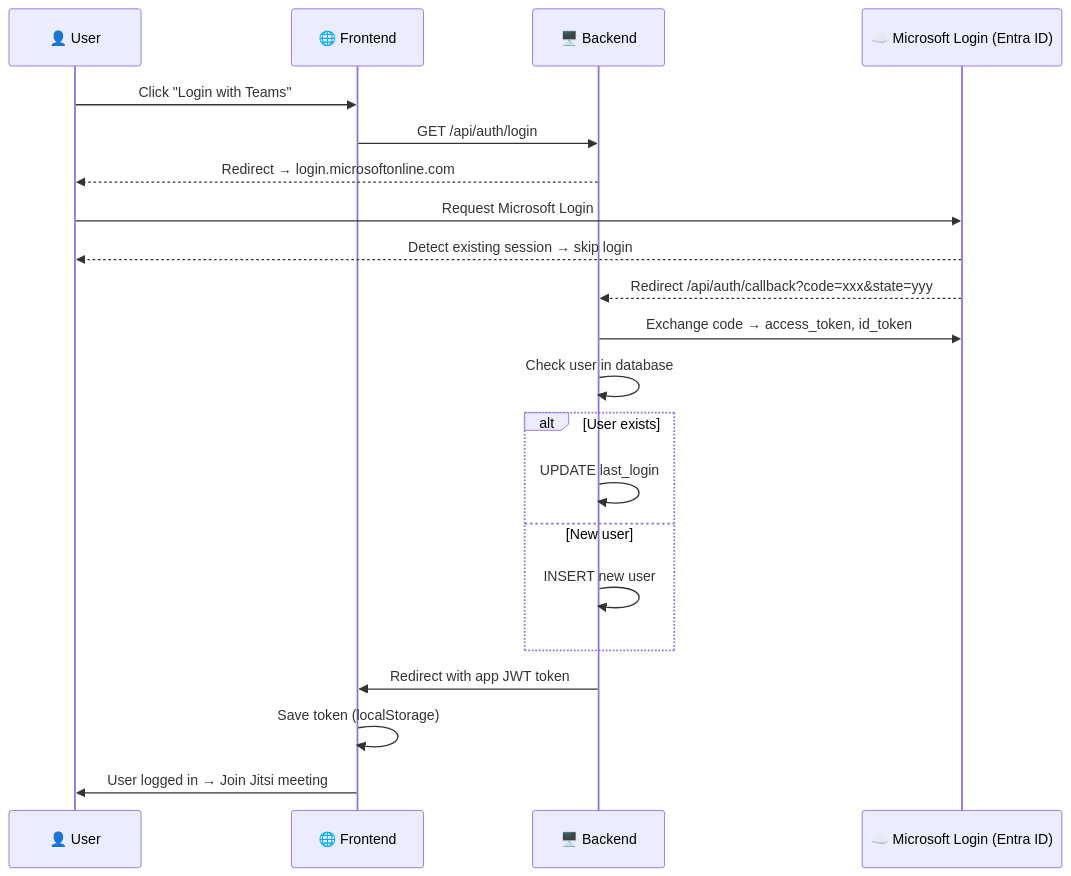
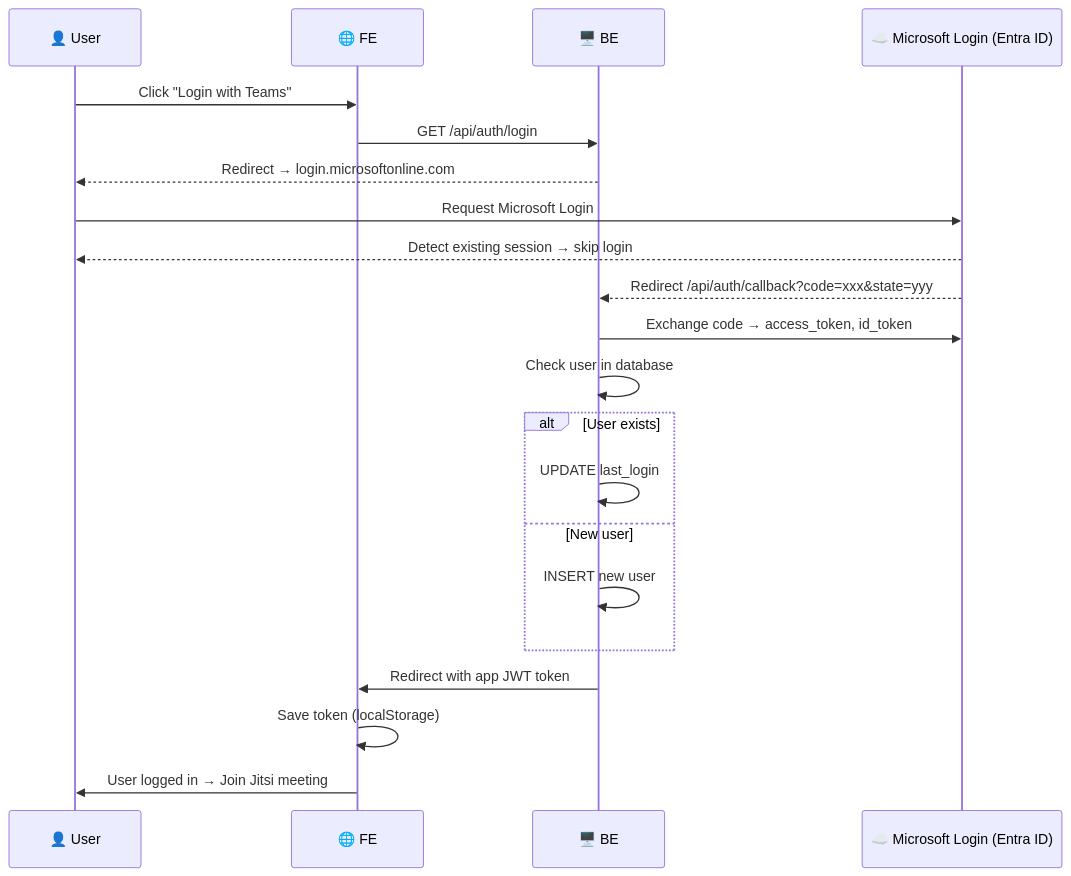
Before and after one commit to pnam16/foam: the diagram in projects/GEM/video-conference/flow.md, drawn with Mermaid.

Commit message:
Oct 24, 2025, 1:34 PM

````diff
--- a/projects/GEM/video-conference/flow.md
+++ b/projects/GEM/video-conference/flow.md
@@ -40,24 +40,24 @@
 ```mermaid
 sequenceDiagram
     participant U as 👤 User
-    participant F as 🌐 Frontend
-    participant B as 🖥️ Backend
+    participant F as 🌐 FE
+    participant B as 🖥️ BE
     participant M as ☁️ Microsoft Login (Entra ID)
 
     U->>F: Click "Login with Teams"
     F->>B: GET /api/auth/login
     B-->>U: Redirect → login.microsoftonline.com
     U->>M: Request Microsoft Login
     M-->>U: Detect existing session → skip login
     M-->>B: Redirect /api/auth/callback?code=xxx&state=yyy
     B->>M: Exchange code → access_token, id_token
     B->>B: Check user in database
     alt User exists
         B->>B: UPDATE last_login
     else New user
         B->>B: INSERT new user
     end
     B->>F: Redirect with app JWT token
     F->>F: Save token (localStorage)
     F->>U: User logged in → Join Jitsi meeting
 ```
````
